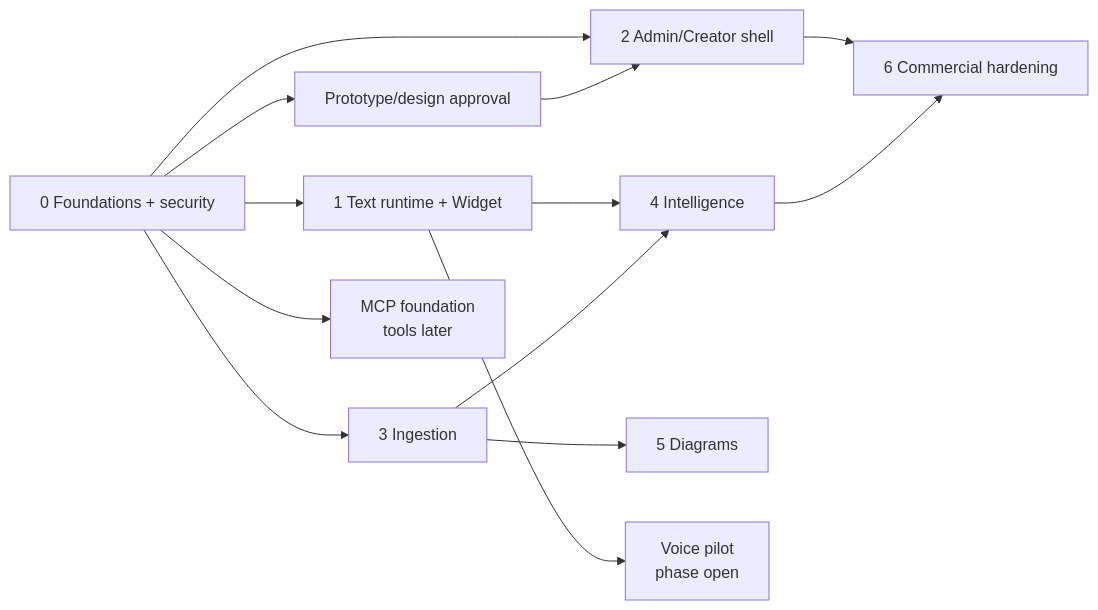
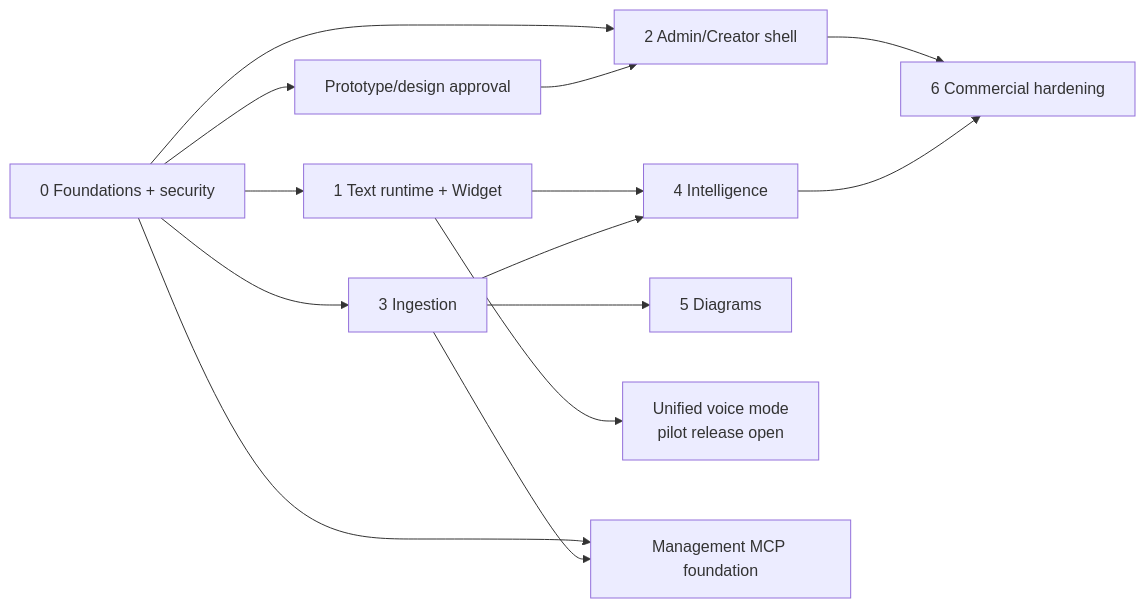
The diagram in docs/course-ai-platform/16-IMPLEMENTATION-PLAN.md (emielmadonna/Learnbot), drawn with Mermaid before and after one commit. The commit also changed other lines of this file and 54 other files, not shown here.

````diff
--- a/docs/course-ai-platform/16-IMPLEMENTATION-PLAN.md
+++ b/docs/course-ai-platform/16-IMPLEMENTATION-PLAN.md
@@ -5,15 +5,16 @@
 ```mermaid
 flowchart LR
   P0["0 Foundations + security"] --> P1["1 Text runtime + Widget"]
   P0 --> PX["Prototype/design approval"]
   P0 --> P2["2 Admin/Creator shell"]
   P0 --> P3["3 Ingestion"]
   P1 --> P4["4 Intelligence"]
   P3 --> P4
   PX --> P2
   P3 --> P5["5 Diagrams"]
-  P1 --> PV["Voice pilot<br/>phase open"]
-  P0 --> PM["MCP foundation<br/>tools later"]
+  P1 --> PV["Unified voice mode<br/>pilot release open"]
+  P0 --> PM["Management MCP foundation"]
+  P3 --> PM
   P2 --> P6["6 Commercial hardening"]
   P4 --> P6
 ```
````
